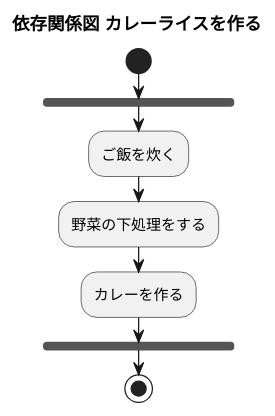
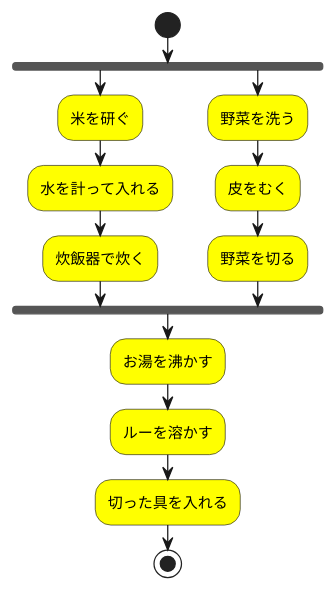
The diagram in 夕食を作る/依存関係図_カレーライスを作る.pu (kowadatouya/dinner_project), drawn with PlantUML before and after one commit.

Commit message:
依存関係図_カレーライスを作る.puの修正

```diff
--- a/夕食を作る/依存関係図_カレーライスを作る.pu
+++ b/夕食を作る/依存関係図_カレーライスを作る.pu
@@ -1,12 +1,16 @@
-@startuml カレーライスを作る
-
-title 依存関係図 カレーライスを作る
+@startuml カレーライスを作るアクティビティ図
 start
 fork
-    :ご飯を炊く;
-    :野菜の下処理をする;
-    :カレーを作る;
+    #Yellow:米を研ぐ;
+    #Yellow:水を計って入れる;
+    #Yellow:炊飯器で炊く;
+fork again
+    #Yellow:野菜を洗う;
+    #Yellow:皮をむく;
+    #Yellow:野菜を切る;
 end fork
+#Yellow:お湯を沸かす;
+#Yellow:ルーを溶かす;
+#Yellow:切った具を入れる;
 stop
-
 @enduml
```
